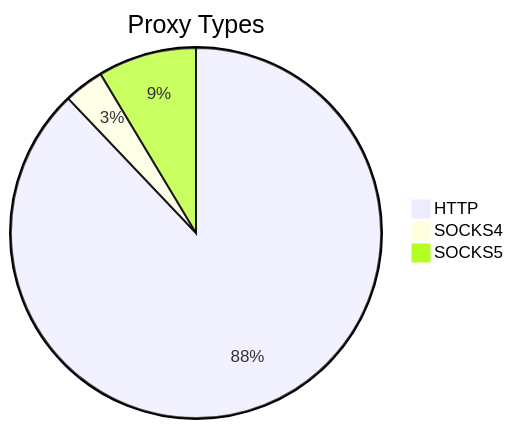
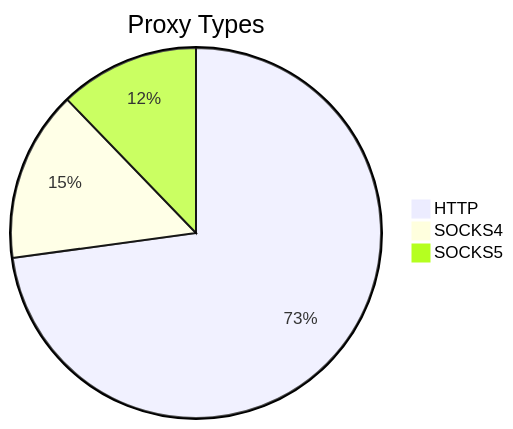
The first of 2 diagrams in README.md (stormsia/proxy-list), drawn with Mermaid before and after one commit. The commit also changed other lines of this file, not shown here.

````diff
--- a/README.md
+++ b/README.md
@@ -21,6 +21,6 @@
 ```mermaid
 pie title Proxy Types
-    "HTTP" : 378
-    "SOCKS4" : 15
-    "SOCKS5" : 37
+    "HTTP" : 483
+    "SOCKS4" : 99
+    "SOCKS5" : 81
 ```
````
